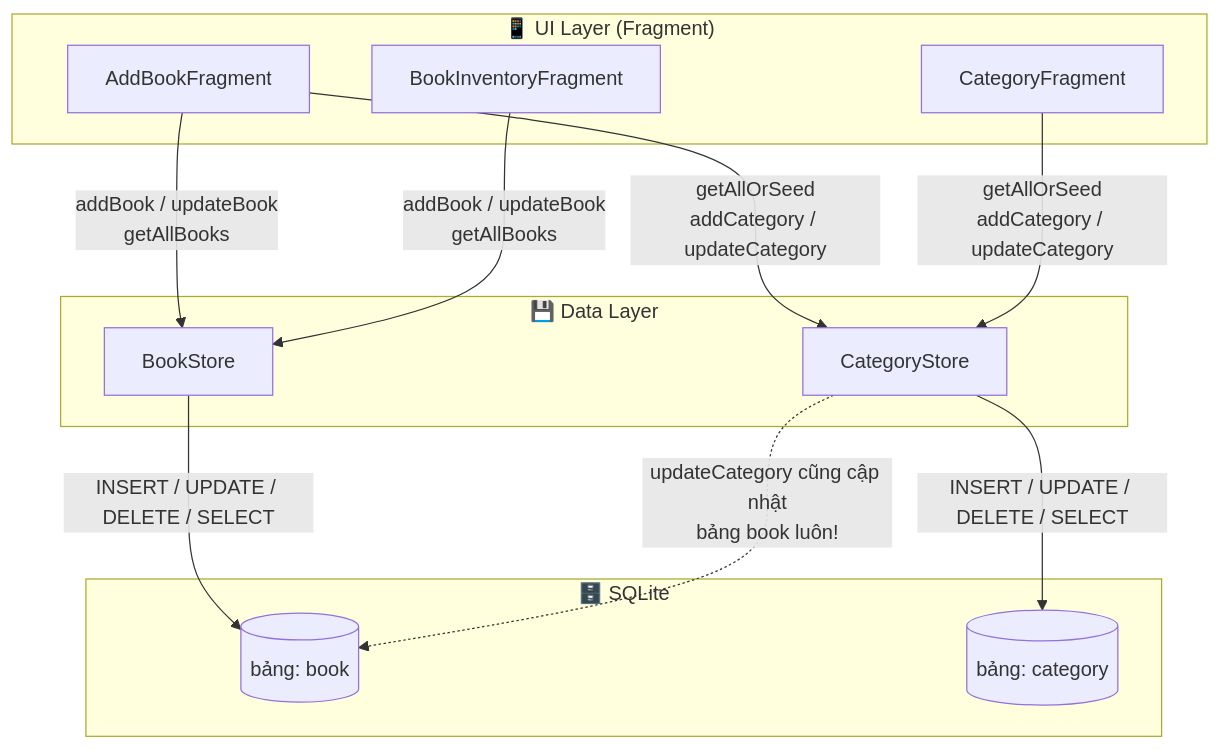
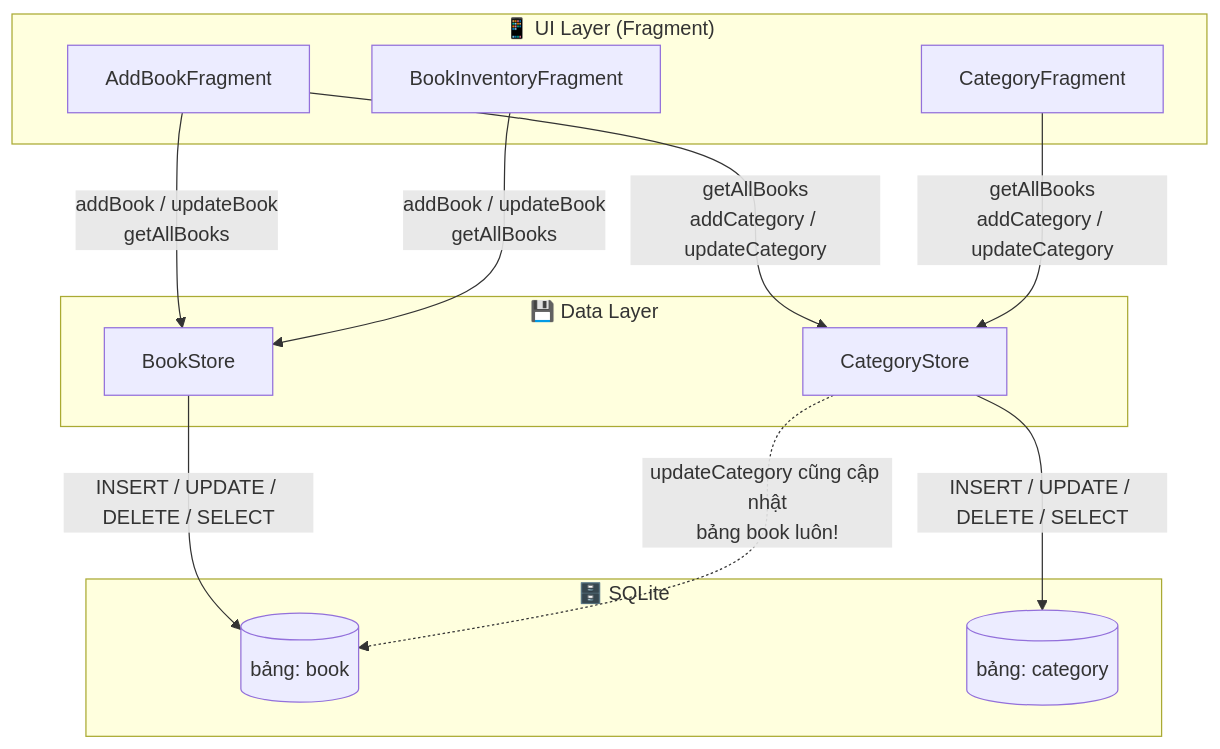
Before and after one commit to thuytran95/book-store: the first of 5 diagrams in docs/giai-thich-BookStore-CategoryStore.md, drawn with Mermaid. The commit also changed other lines of this file and 10 other files, not shown here.

````diff
--- a/docs/giai-thich-BookStore-CategoryStore.md
+++ b/docs/giai-thich-BookStore-CategoryStore.md
@@ -11,24 +11,24 @@
 ```mermaid
 flowchart TD
     subgraph UI ["📱 UI Layer (Fragment)"]
         AF[AddBookFragment]
         BF[BookInventoryFragment]
         CF[CategoryFragment]
     end
 
     subgraph DataLayer ["💾 Data Layer"]
         BS[BookStore]
         CS[CategoryStore]
     end
 
     subgraph DB ["🗄️ SQLite"]
         BT[("bảng: book")]
         CT[("bảng: category")]
     end
 
     AF & BF -->|"addBook / updateBook\ngetAllBooks"| BS
-    AF & CF -->|"getAllOrSeed\naddCategory / updateCategory"| CS
+    AF & CF -->|"getAllBooks\naddCategory / updateCategory"| CS
     BS -->|"INSERT / UPDATE / DELETE / SELECT"| BT
     CS -->|"INSERT / UPDATE / DELETE / SELECT"| CT
     CS -.->|"updateCategory cũng cập nhật\nbảng book luôn!"| BT
 ```
````
